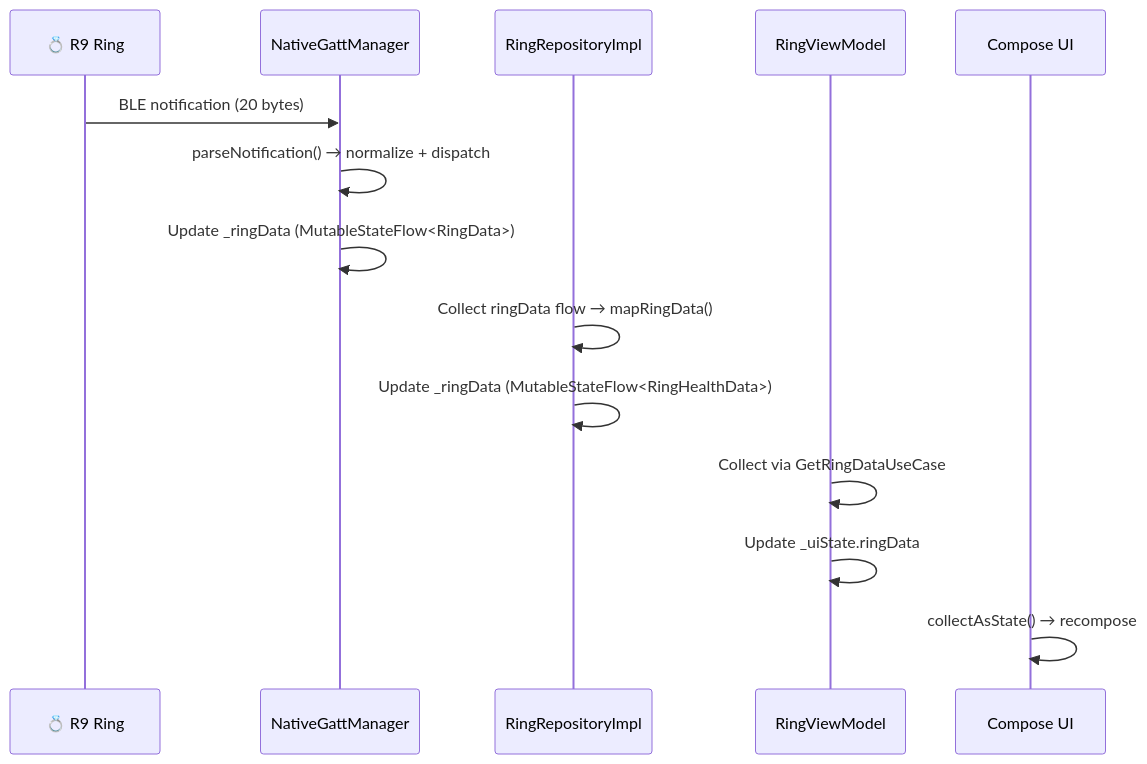
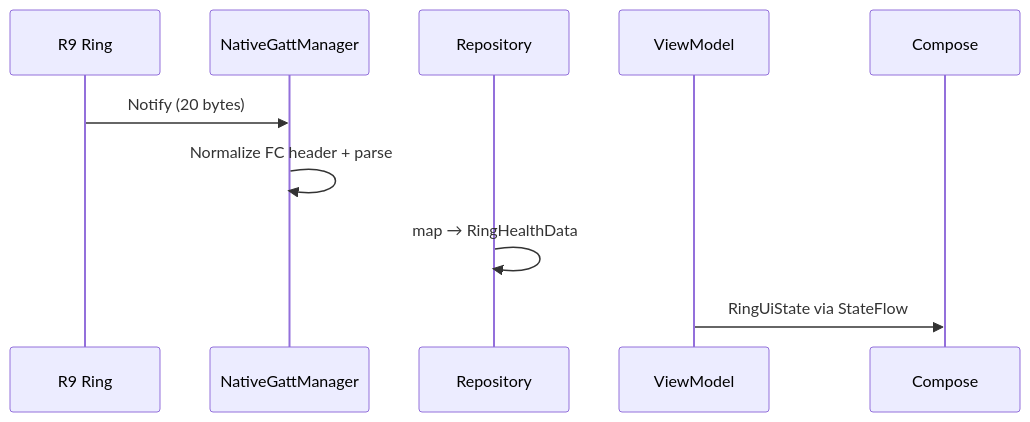
Before and after one commit to soumya07ad/ble-ring-app: the second of 2 diagrams in README.md, drawn with Mermaid. The commit also changed other lines of this file and 2 other files, not shown here.

````diff
--- a/README.md
+++ b/README.md
@@ -130,17 +82,13 @@
 ```mermaid
 sequenceDiagram
-    participant Ring as 💍 R9 Ring
+    participant Ring as R9 Ring
     participant GM as NativeGattManager
-    participant Repo as RingRepositoryImpl
-    participant VM as RingViewModel
-    participant UI as Compose UI
+    participant Repo as Repository
+    participant VM as ViewModel
+    participant UI as Compose
 
-    Ring->>GM: BLE notification (20 bytes)
-    GM->>GM: parseNotification() → normalize + dispatch
-    GM->>GM: Update _ringData (MutableStateFlow<RingData>)
-    Repo->>Repo: Collect ringData flow → mapRingData()
-    Repo->>Repo: Update _ringData (MutableStateFlow<RingHealthData>)
-    VM->>VM: Collect via GetRingDataUseCase
-    VM->>VM: Update _uiState.ringData
-    UI->>UI: collectAsState() → recompose
+    Ring->>GM: Notify (20 bytes)
+    GM->>GM: Normalize FC header + parse
+    Repo->>Repo: map → RingHealthData
+    VM->>UI: RingUiState via StateFlow
 ```
````
